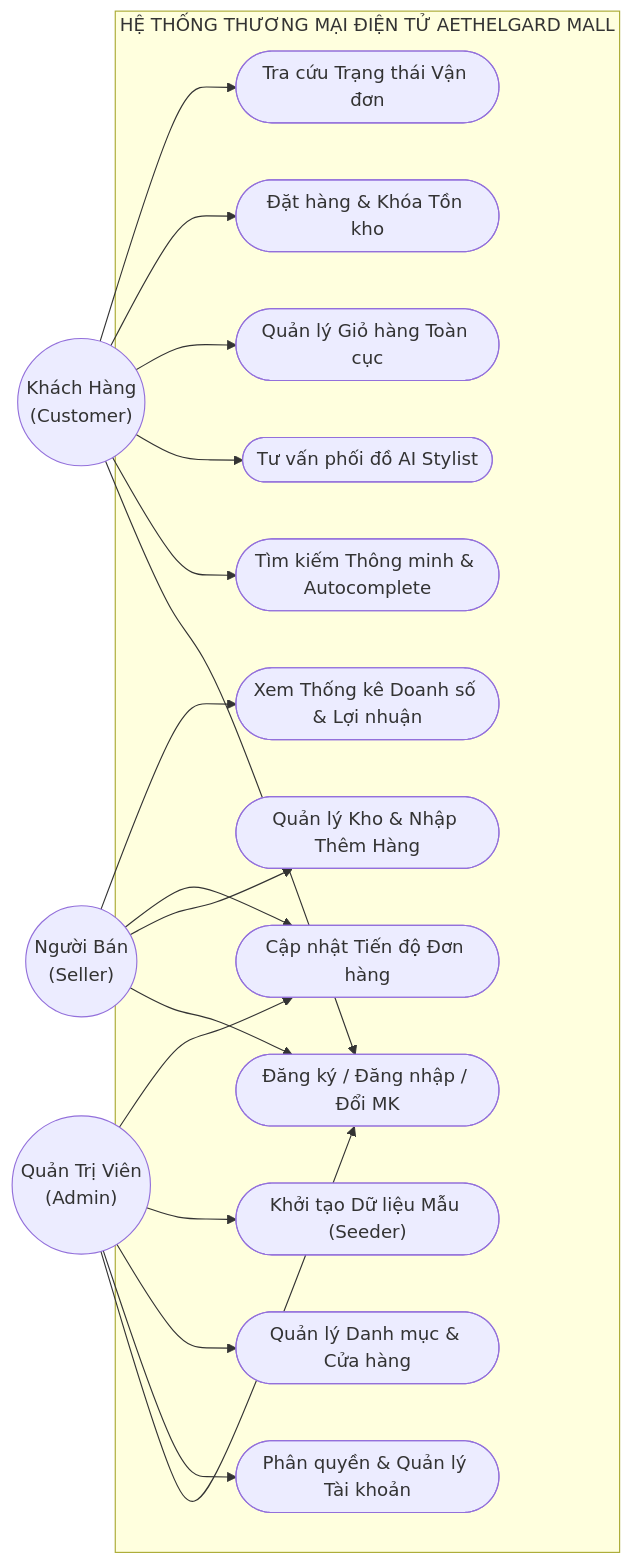
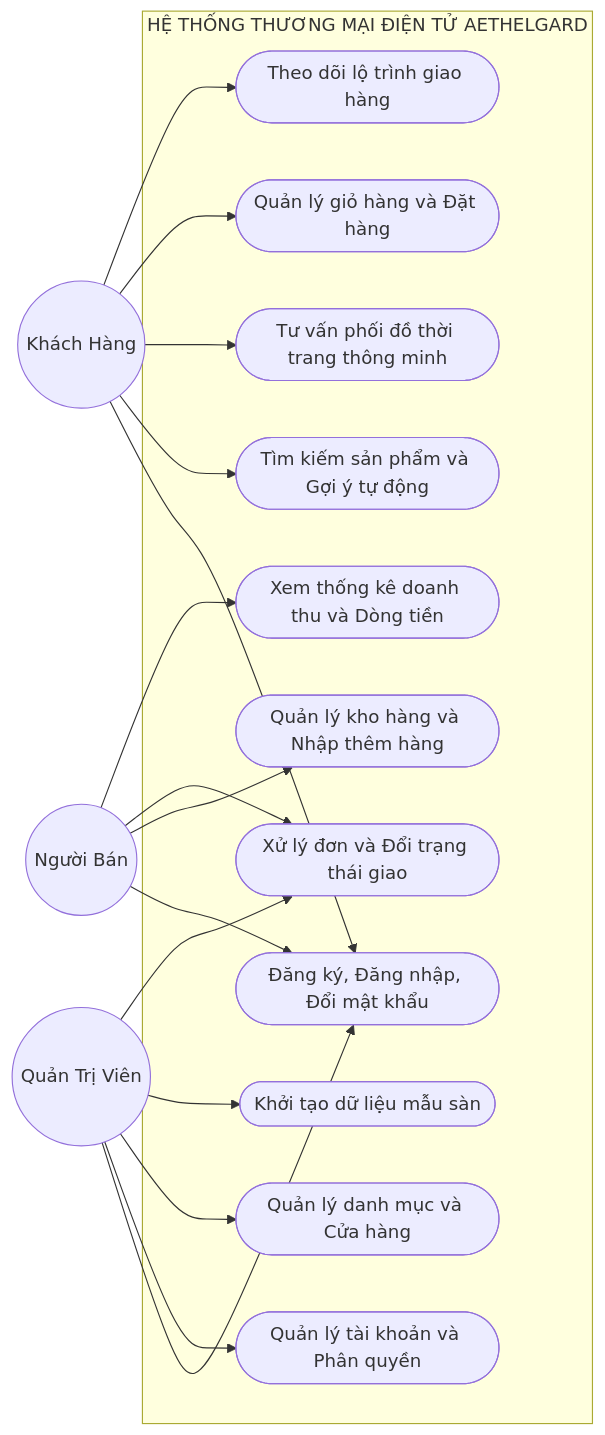
The sixth of 16 diagrams in BAO_CAO_THIET_KE_HE_THONG.md (longthan12334/He-thong-thuong-mai-ien-tu-tich-hop-AI), drawn with Mermaid before and after one commit. The commit also changed other lines of this file and 24 other files, not shown here.

````diff
--- a/BAO_CAO_THIET_KE_HE_THONG.md
+++ b/BAO_CAO_THIET_KE_HE_THONG.md
@@ -235,41 +227,39 @@
 ```mermaid
 flowchart LR
-    ActorBuyer(("Khách Hàng<br/>(Customer)"))
-    ActorSeller(("Người Bán<br/>(Seller)"))
-    ActorAdmin(("Quản Trị Viên<br/>(Admin)"))
+    Buyer(("Khách Hàng"))
+    Seller(("Người Bán"))
+    Admin(("Quản Trị Viên"))
 
-    subgraph SystemBoundary ["HỆ THỐNG THƯƠNG MẠI ĐIỆN TỬ AETHELGARD MALL"]
-        UC_Auth(["Đăng ký / Đăng nhập / Đổi MK"])
-        UC_Search(["Tìm kiếm Thông minh & Autocomplete"])
-        UC_AI(["Tư vấn phối đồ AI Stylist"])
-        UC_Cart(["Quản lý Giỏ hàng Toàn cục"])
-        UC_Order(["Đặt hàng & Khóa Tồn kho"])
-        UC_TrackOrder(["Tra cứu Trạng thái Vận đơn"])
+    subgraph System ["HỆ THỐNG THƯƠNG MẠI ĐIỆN TỬ AETHELGARD"]
+        UC_Auth(["Đăng ký, Đăng nhập, Đổi mật khẩu"])
+        UC_Search(["Tìm kiếm sản phẩm và Gợi ý tự động"])
+        UC_AI(["Tư vấn phối đồ thời trang thông minh"])
+        UC_Cart(["Quản lý giỏ hàng và Đặt hàng"])
+        UC_Track(["Theo dõi lộ trình giao hàng"])
 
-        UC_ManageInv(["Quản lý Kho & Nhập Thêm Hàng"])
-        UC_ManageOrder(["Cập nhật Tiến độ Đơn hàng"])
-        UC_ViewStats(["Xem Thống kê Doanh số & Lợi nhuận"])
+        UC_Inv(["Quản lý kho hàng và Nhập thêm hàng"])
+        UC_Order(["Xử lý đơn và Đổi trạng thái giao"])
+        UC_Finance(["Xem thống kê doanh thu và Dòng tiền"])
 
-        UC_ManageUsers(["Phân quyền & Quản lý Tài khoản"])
-        UC_ManageStores(["Quản lý Danh mục & Cửa hàng"])
-        UC_Seed(["Khởi tạo Dữ liệu Mẫu (Seeder)"])
+        UC_Users(["Quản lý tài khoản và Phân quyền"])
+        UC_Category(["Quản lý danh mục và Cửa hàng"])
+        UC_DataSeed(["Khởi tạo dữ liệu mẫu sàn"])
     end
 
-    ActorBuyer --> UC_Auth
-    ActorBuyer --> UC_Search
-    ActorBuyer --> UC_AI
-    ActorBuyer --> UC_Cart
-    ActorBuyer --> UC_Order
-    ActorBuyer --> UC_TrackOrder
+    Buyer --> UC_Auth
+    Buyer --> UC_Search
+    Buyer --> UC_AI
+    Buyer --> UC_Cart
+    Buyer --> UC_Track
 
-    ActorSeller --> UC_Auth
-    ActorSeller --> UC_ManageInv
-    ActorSeller --> UC_ManageOrder
-    ActorSeller --> UC_ViewStats
+    Seller --> UC_Auth
+    Seller --> UC_Inv
+    Seller --> UC_Order
+    Seller --> UC_Finance
 
-    ActorAdmin --> UC_Auth
-    ActorAdmin --> UC_ManageUsers
-    ActorAdmin --> UC_ManageStores
-    ActorAdmin --> UC_Seed
-    ActorAdmin --> UC_ManageOrder
+    Admin --> UC_Auth
+    Admin --> UC_Users
+    Admin --> UC_Category
+    Admin --> UC_DataSeed
+    Admin --> UC_Order
 ```
````
